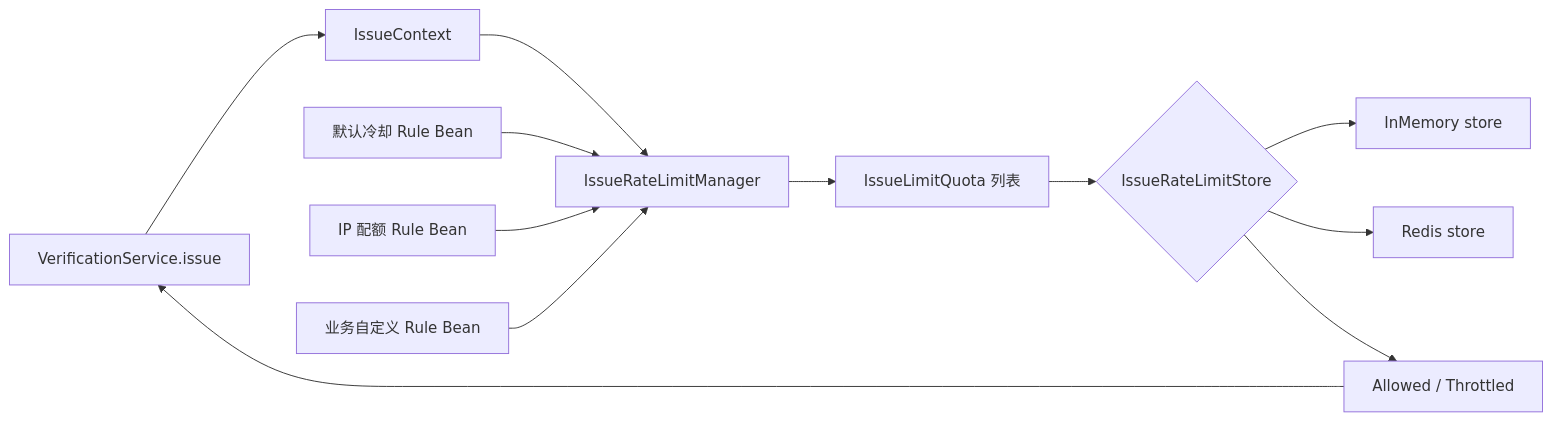
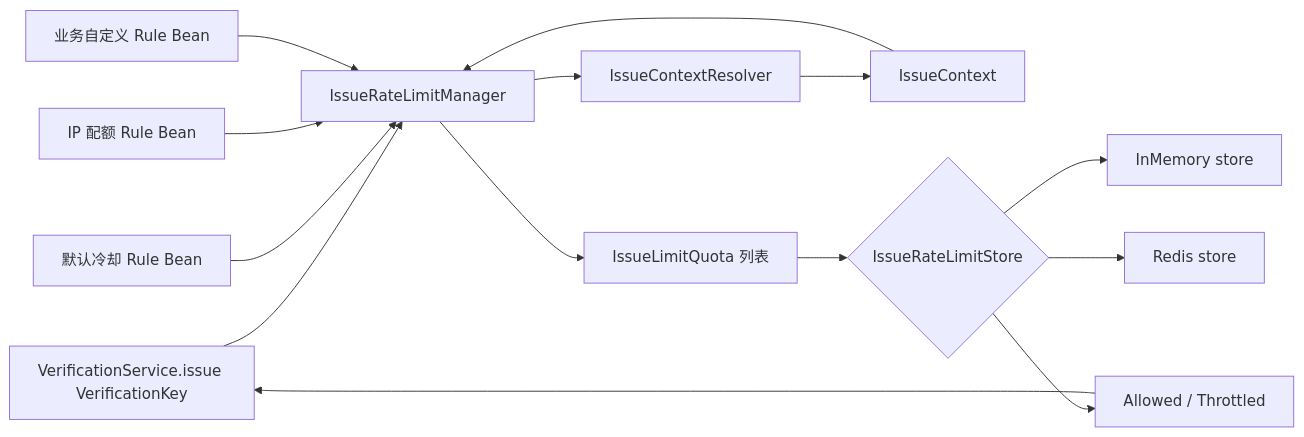
One commit to RingoTangs/ringo-boot changed the first of 2 diagrams in ringo-boot-core/src/main/java/io/github/ringotangs/ringoboot/verification/limit/README.md. Above: the diagram before and after it, drawn with Mermaid. The commit also changed other lines of this file and 11 other files, not shown here.

Commit message:
feat: Introduce IssueContextResolver for context-based rate limiting and refactor related components

````diff
--- a/ringo-boot-core/src/main/java/io/github/ringotangs/ringoboot/verification/limit/README.md
+++ b/ringo-boot-core/src/main/java/io/github/ringotangs/ringoboot/verification/limit/README.md
@@ -10,14 +10,16 @@
 ```mermaid
 flowchart LR
-    A[VerificationService.issue] --> B[IssueContext]
-    B --> C[IssueRateLimitManager]
+    A[VerificationService.issue VerificationKey] --> C[IssueRateLimitManager]
+    C --> B[IssueContextResolver]
+    B --> I[IssueContext]
+    I --> C
     R1[默认冷却 Rule Bean] --> C
     R2[IP 配额 Rule Bean] --> C
     R3[业务自定义 Rule Bean] --> C
     C --> D[IssueLimitQuota 列表]
     D --> E{IssueRateLimitStore}
     E --> F[InMemory store]
     E --> G[Redis store]
     E --> H[Allowed / Throttled]
     H --> A
 ```
````
